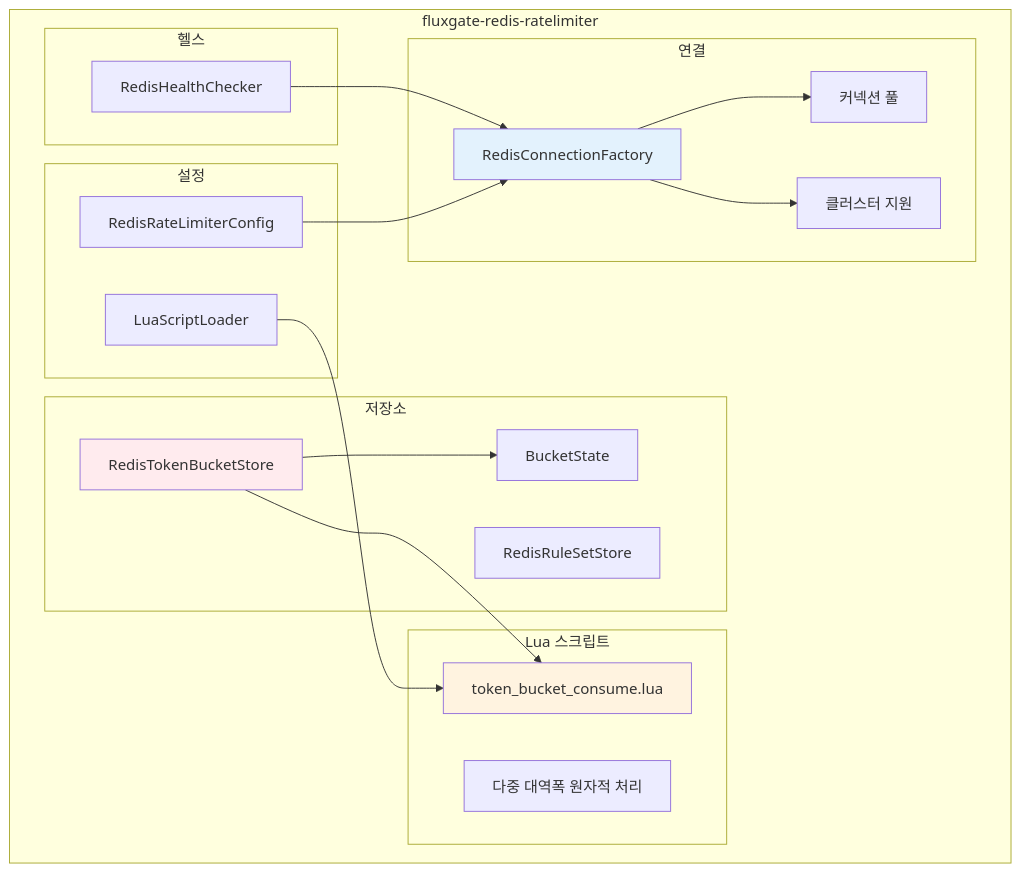
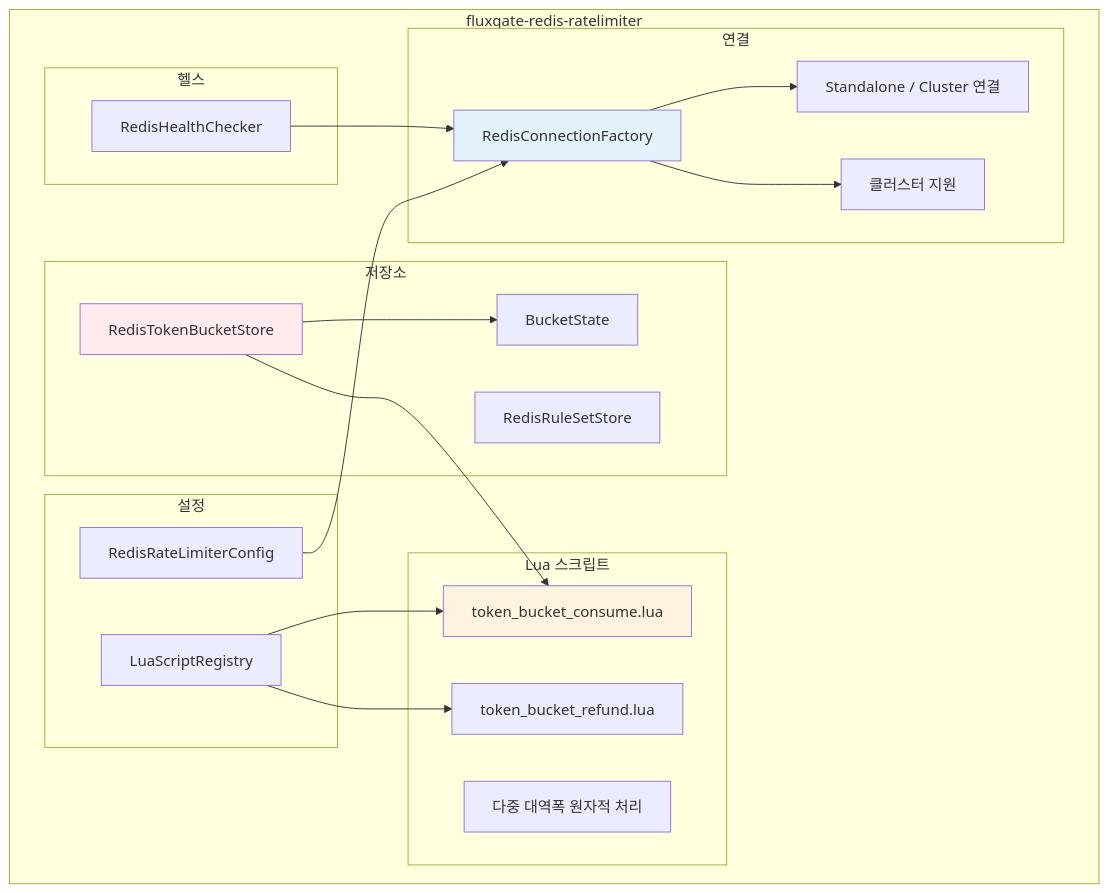
The fifth of 11 diagrams in docs/ko/architecture/README.ko.md (OpenFluxGate/fluxgate), drawn with Mermaid before and after one commit. The commit also changed other lines of this file and 37 other files, not shown here.

First line of the commit message:
docs: align the changelog, guides and architecture docs with 0.4

````diff
--- a/docs/ko/architecture/README.ko.md
+++ b/docs/ko/architecture/README.ko.md
@@ -367,42 +367,43 @@
 ```mermaid
 flowchart TB
     subgraph Redis["fluxgate-redis-ratelimiter"]
         subgraph Connection["연결"]
             CF[RedisConnectionFactory]
-            POOL[커넥션 풀]
+            POOL[Standalone / Cluster 연결]
             CLUSTER[클러스터 지원]
         end
 
         subgraph Store["저장소"]
             TBS[RedisTokenBucketStore]
             RSS[RedisRuleSetStore]
             STATE[BucketState]
         end
 
         subgraph Script["Lua 스크립트"]
             CONSUME[token_bucket_consume.lua]
+            REFUND[token_bucket_refund.lua]
             MULTI[다중 대역폭 원자적 처리]
         end
 
         subgraph Config["설정"]
             CONF[RedisRateLimiterConfig]
-            LOADER[LuaScriptLoader]
+            LOADER[LuaScriptRegistry]
         end
 
         subgraph Health["헬스"]
             HC[RedisHealthChecker]
         end
     end
 
     CF --> POOL
     CF --> CLUSTER
     TBS --> CONSUME
     TBS --> STATE
     CONF --> CF
-    LOADER --> CONSUME
+    LOADER --> CONSUME & REFUND
     HC --> CF
 
     style TBS fill:#ffebee
     style CONSUME fill:#fff3e0
     style CF fill:#e3f2fd
 ```
````
